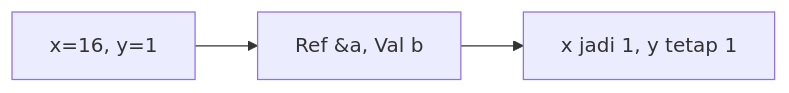
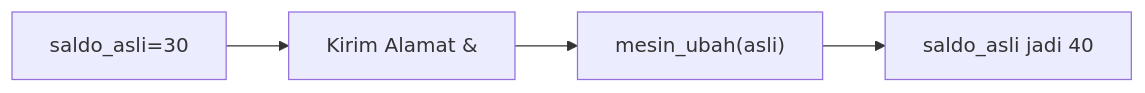
Before and after one commit to amnahwaida/OSNK_INF_PREP: the third of 25 diagrams in part-c-pemahaman-cpp/04-fungsi/latihan/set-04.md, drawn with Mermaid. The commit also changed other lines of this file and 71 other files, not shown here.

````diff
--- a/part-c-pemahaman-cpp/04-fungsi/latihan/set-04.md
+++ b/part-c-pemahaman-cpp/04-fungsi/latihan/set-04.md
@@ -74,5 +77,6 @@
 ```mermaid
 graph LR
-A["x=16, y=1"] --> B["Ref &a, Val b"]
-B --> C["x jadi 1, y tetap 1"]
+A["saldo_asli=30"] --> B["Kirim Alamat &"]
+B --> C["mesin_ubah(asli)"]
+C --> D["saldo_asli jadi 40"]
 ```
````
